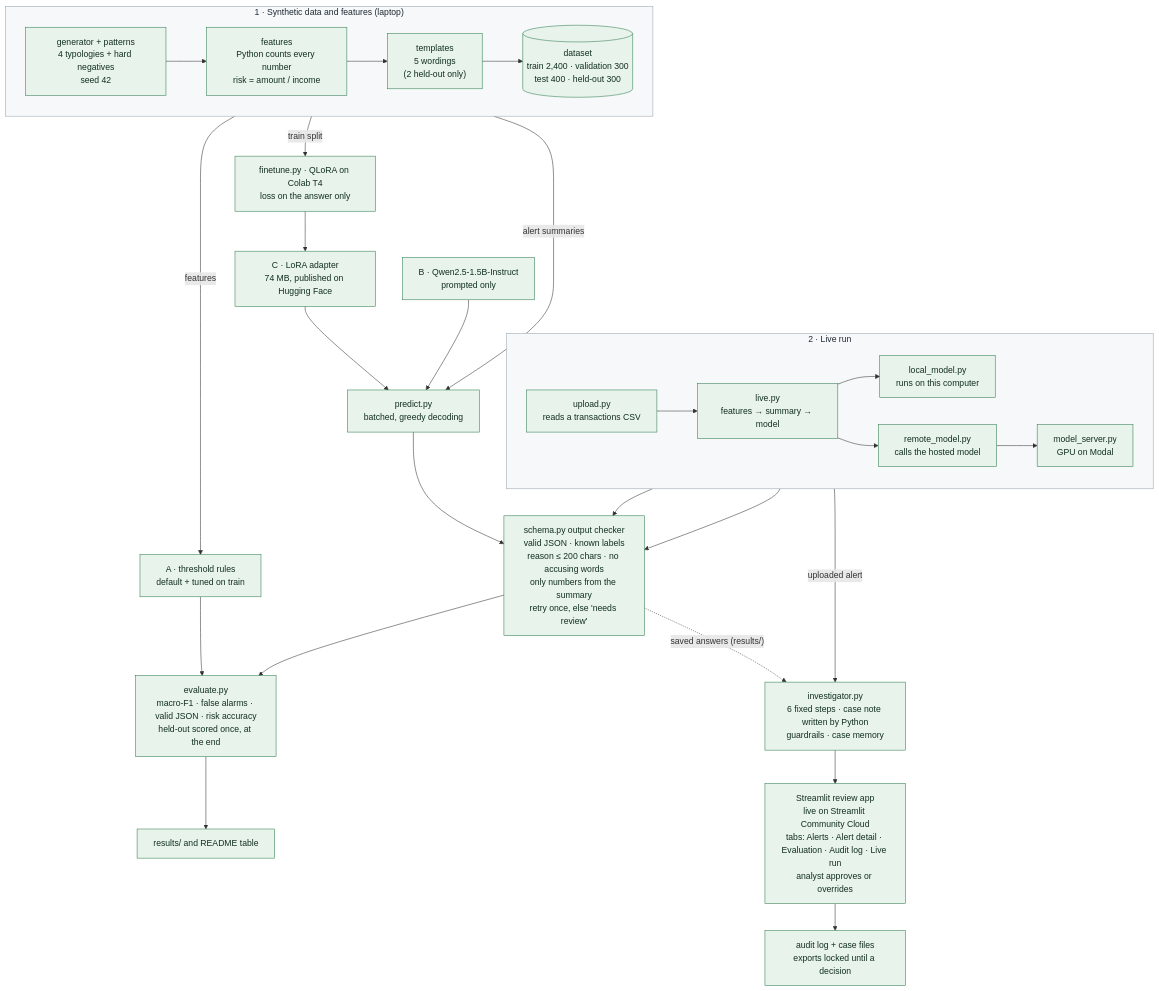
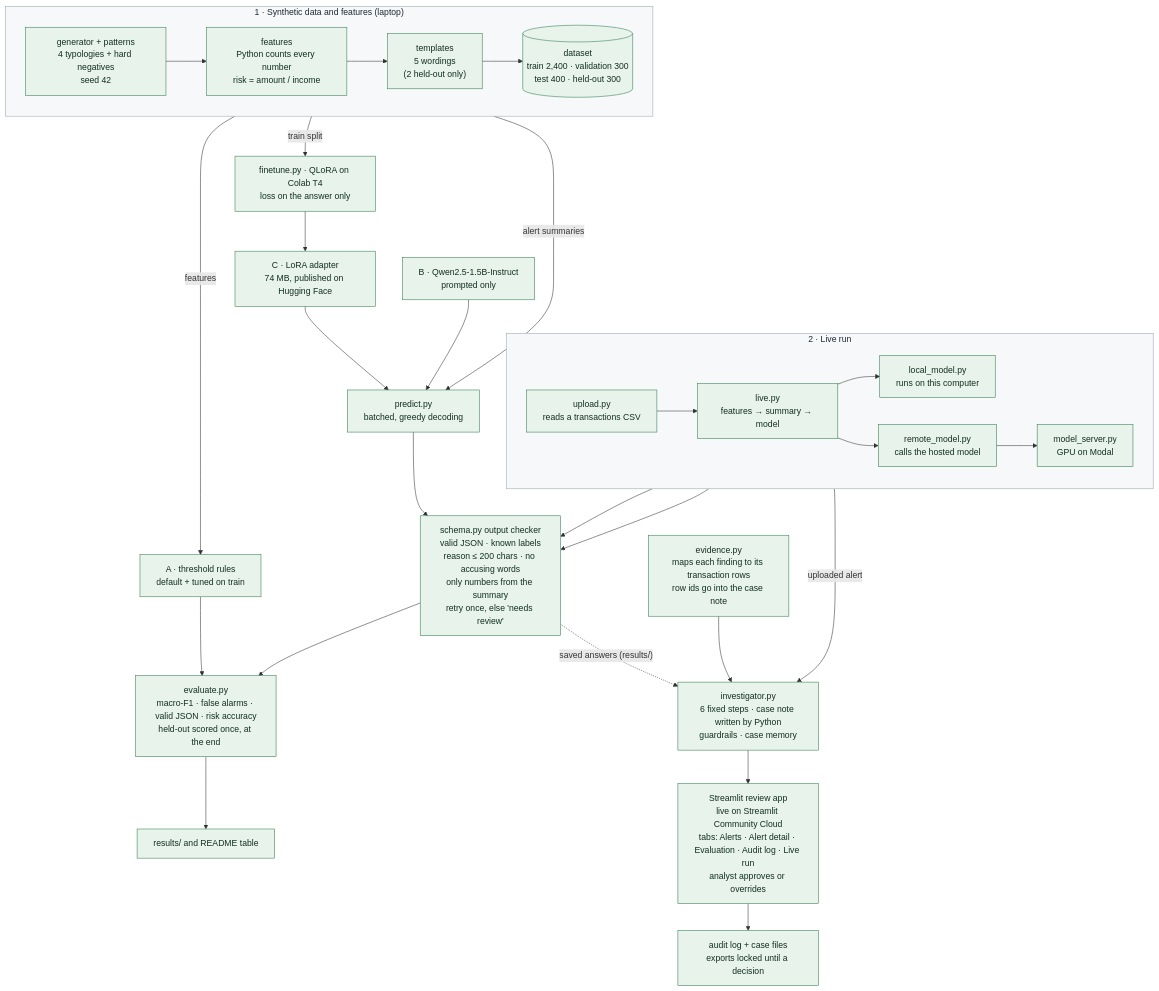
Before and after one commit to coachuttam/aml-alert-investigator: the diagram in docs/architecture.mmd, drawn with Mermaid. The commit also changed 4 other files, not shown here.

First line of the commit message:
Fix stale docs and add evidence.py to the architecture diagram

```diff
--- a/docs/architecture.mmd
+++ b/docs/architecture.mmd
@@ -1,37 +1,38 @@
 flowchart TB
     subgraph DATA["1 · Synthetic data and features (laptop)"]
         direction LR
         GEN["generator + patterns<br/>4 typologies + hard negatives<br/>seed 42"] --> FEAT["features<br/>Python counts every number<br/>risk = amount / income"] --> TPL["templates<br/>5 wordings<br/>(2 held-out only)"] --> DS[("dataset<br/>train 2,400 · validation 300<br/>test 400 · held-out 300")]
     end
 
     DS -- "features" --> RULES["A · threshold rules<br/>default + tuned on train"]
     DS -- "train split" --> FT["finetune.py · QLoRA on Colab T4<br/>loss on the answer only"]
     DS -- "alert summaries" --> PRED["predict.py<br/>batched, greedy decoding"]
     FT --> AD["C · LoRA adapter<br/>74 MB, published on Hugging Face"]
     AD --> PRED
     BASE["B · Qwen2.5-1.5B-Instruct<br/>prompted only"] --> PRED
 
     PRED --> CHECK["schema.py output checker<br/>valid JSON · known labels<br/>reason ≤ 200 chars · no accusing words<br/>only numbers from the summary<br/>retry once, else 'needs review'"]
     RULES --> EV
     CHECK --> EV["evaluate.py<br/>macro-F1 · false alarms · valid JSON · risk accuracy<br/>held-out scored once, at the end"]
     EV --> RES["results/ and README table"]
 
     CHECK -. "saved answers (results/)" .-> INV["investigator.py<br/>6 fixed steps · case note written by Python<br/>guardrails · case memory"]
+    EVID["evidence.py<br/>maps each finding to its transaction rows<br/>row ids go into the case note"] --> INV
     INV --> APP["Streamlit review app<br/>live on Streamlit Community Cloud<br/>tabs: Alerts · Alert detail · Evaluation · Audit log · Live run<br/>analyst approves or overrides"]
     APP --> AUD["audit log + case files<br/>exports locked until a decision"]
 
     subgraph LIVE["2 · Live run"]
         direction LR
         UP["upload.py<br/>reads a transactions CSV"] --> LV["live.py<br/>features → summary → model"]
         LV --> LOC["local_model.py<br/>runs on this computer"]
         LV --> REM["remote_model.py<br/>calls the hosted model"] --> SRV["model_server.py<br/>GPU on Modal"]
     end
 
     LOC --> CHECK
     SRV --> CHECK
     LV -- "uploaded alert" --> INV
 
     classDef done fill:#e8f3ec,stroke:#2f7d4f,color:#12301f;
-    class GEN,FEAT,TPL,DS,RULES,BASE,FT,AD,PRED,CHECK,EV,RES,INV,APP,AUD,UP,LV,LOC,REM,SRV done;
+    class GEN,FEAT,TPL,DS,RULES,BASE,FT,AD,PRED,CHECK,EV,RES,INV,EVID,APP,AUD,UP,LV,LOC,REM,SRV done;
     style DATA fill:#f6f8fa,stroke:#9aa5b1,color:#1f2933
     style LIVE fill:#f6f8fa,stroke:#9aa5b1,color:#1f2933
```
